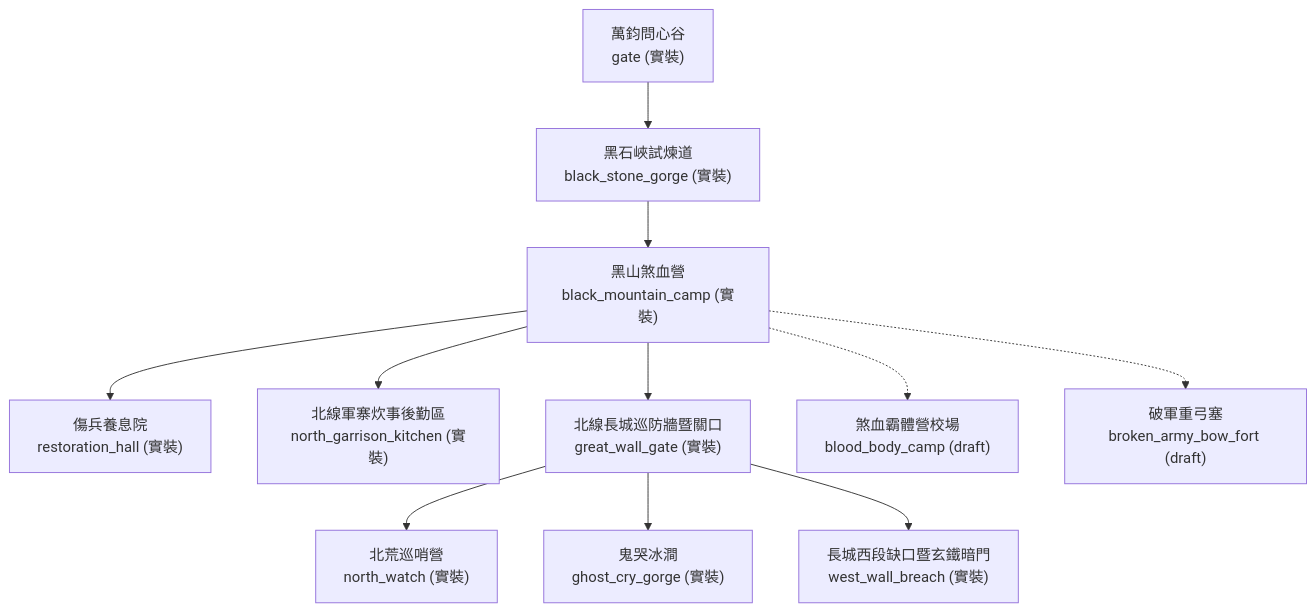
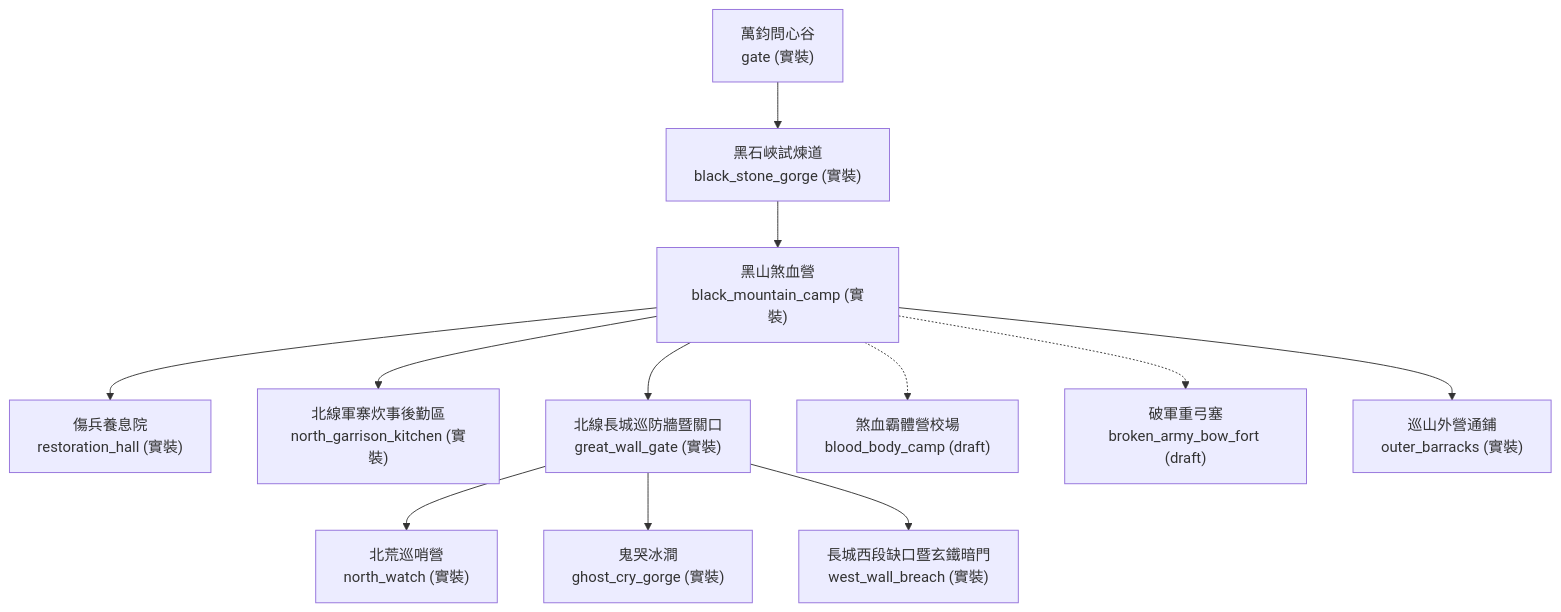
Before and after one commit to wade-fs/mudscript: the diagram in forgotten-space/narrative/docs/maps/tier2/bahuang_map.md, drawn with Mermaid. The commit also changed other lines of this file and 16 other files, not shown here.

````diff
--- a/forgotten-space/narrative/docs/maps/tier2/bahuang_map.md
+++ b/forgotten-space/narrative/docs/maps/tier2/bahuang_map.md
@@ -25,23 +26,24 @@
 ```mermaid
 flowchart TD
   gate["萬鈞問心谷<br/>gate (實裝)"]
   black_stone_gorge["黑石峽試煉道<br/>black_stone_gorge (實裝)"]
   black_mountain_camp["黑山煞血營<br/>black_mountain_camp (實裝)"]
   restoration_hall["傷兵養息院<br/>restoration_hall (實裝)"]
   north_garrison_kitchen["北線軍寨炊事後勤區<br/>north_garrison_kitchen (實裝)"]
   great_wall_gate["北線長城巡防牆暨關口<br/>great_wall_gate (實裝)"]
   north_watch["北荒巡哨營<br/>north_watch (實裝)"]
   ghost_cry_gorge["鬼哭冰澗<br/>ghost_cry_gorge (實裝)"]
   blood_body_camp["煞血霸體營校場<br/>blood_body_camp (draft)"]
   broken_army_bow_fort["破軍重弓塞<br/>broken_army_bow_fort (draft)"]
   gate --> black_stone_gorge
   black_stone_gorge --> black_mountain_camp
   black_mountain_camp --> restoration_hall
+  black_mountain_camp --> outer_barracks["巡山外營通鋪<br/>outer_barracks (實裝)"]
   black_mountain_camp --> north_garrison_kitchen
   black_mountain_camp --> great_wall_gate
   great_wall_gate --> north_watch
   great_wall_gate --> ghost_cry_gorge
   great_wall_gate --> west_wall_breach["長城西段缺口暨玄鐵暗門<br/>west_wall_breach (實裝)"]
   black_mountain_camp -.-> blood_body_camp
   black_mountain_camp -.-> broken_army_bow_fort
 ```
````
